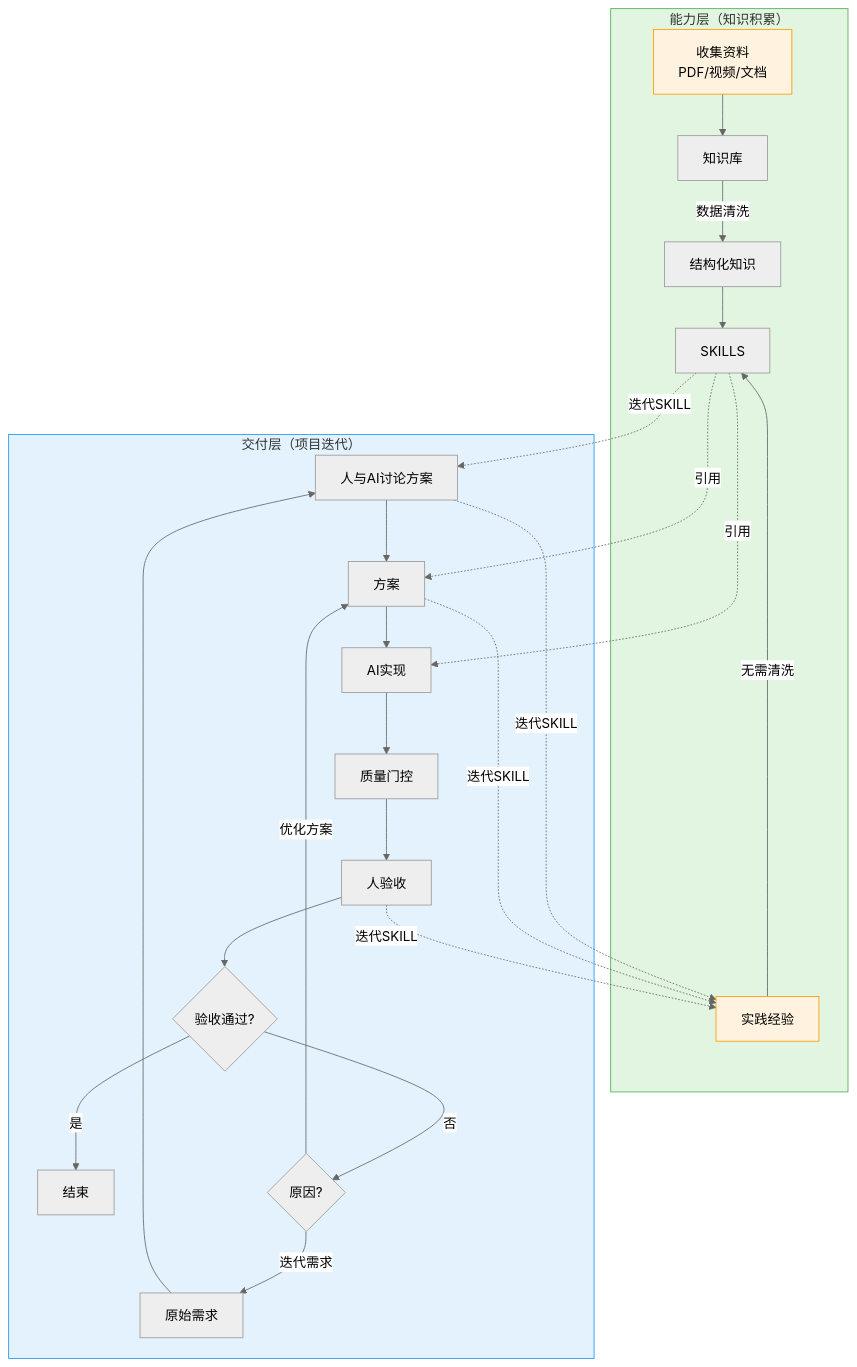
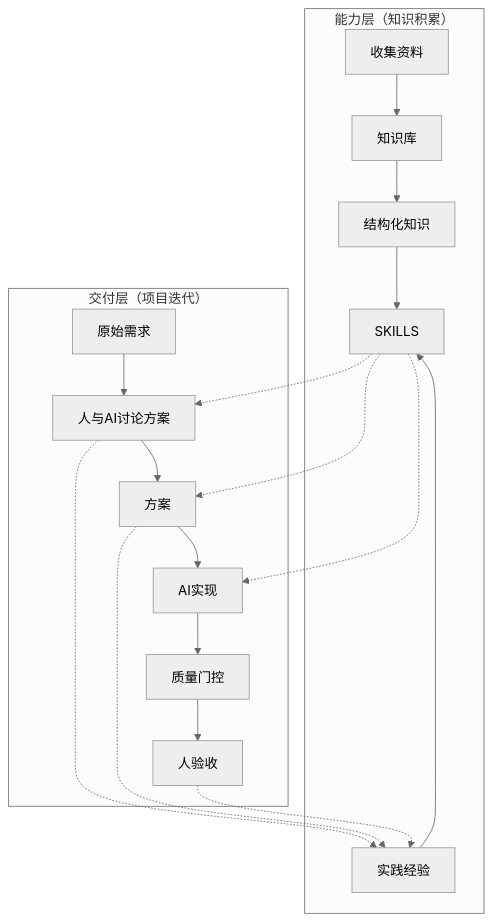
One commit to imchangchang/skills-registry changed the diagram in docs/workflow.md. Above: the diagram before and after it, drawn with Mermaid (neutral theme). The commit also changed other lines of this file and 3 other files, not shown here.

````diff
--- a/docs/workflow.md
+++ b/docs/workflow.md
@@ -7,42 +5,24 @@
 ```mermaid
 flowchart TB
     subgraph Capability["能力层（知识积累）"]
-        %% 路径1：主动学习
-        K1[收集资料<br/>PDF/视频/文档] --> L[知识库]
-        L -->|数据清洗| S[结构化知识]
-        
-        %% 路径2：实践沉淀
-        K2[实践经验] -->|无需清洗| M[SKILLS]
-        
-        %% 合并
+        K1[收集资料] --> L[知识库]
+        L --> S[结构化知识]
+        K2[实践经验] --> M[SKILLS]
         S --> M
     end
     
     subgraph Delivery["交付层（项目迭代）"]
         A[原始需求] --> B[人与AI讨论方案]
         B --> C[方案]
         C --> D[AI实现]
         D --> D1[质量门控]
         D1 --> E[人验收]
-        E --> F{验收通过?}
-        F -->|是| G[结束]
-        F -->|否| H{原因?}
-        H -->|迭代需求| A
-        H -->|优化方案| C
     end
     
-    %% SKILL引用到交付层各阶段
-    M -.->|迭代SKILL| B
-    M -.->|引用| C
-    M -.->|引用| D
-    
-    %% 反馈回路
-    B -.->|迭代SKILL| K2
-    C -.->|迭代SKILL| K2
-    E -.->|迭代SKILL| K2
-    
-    style Capability fill:#e1f5e1,stroke:#4caf50
-    style Delivery fill:#e3f2fd,stroke:#2196f3
-    style K1 fill:#fff3e0,stroke:#ff9800
-    style K2 fill:#fff3e0,stroke:#ff9800
+    M -.-> B
+    M -.-> C
+    M -.-> D
+    B -.-> K2
+    C -.-> K2
+    E -.-> K2
 ```
````
